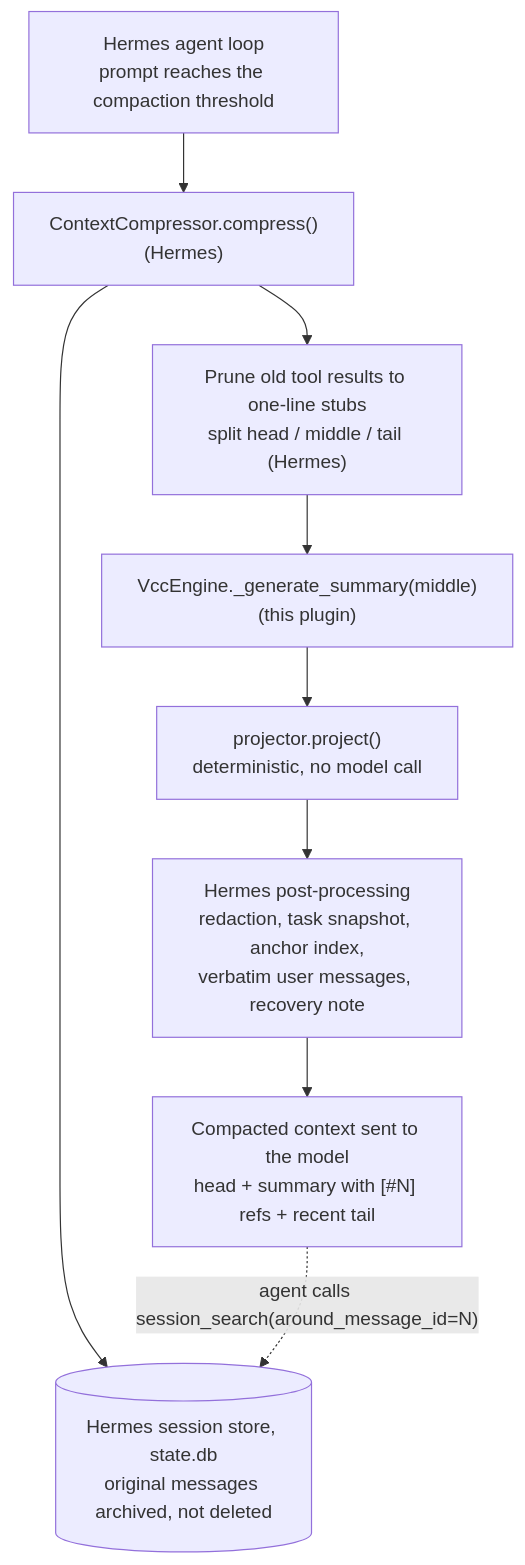
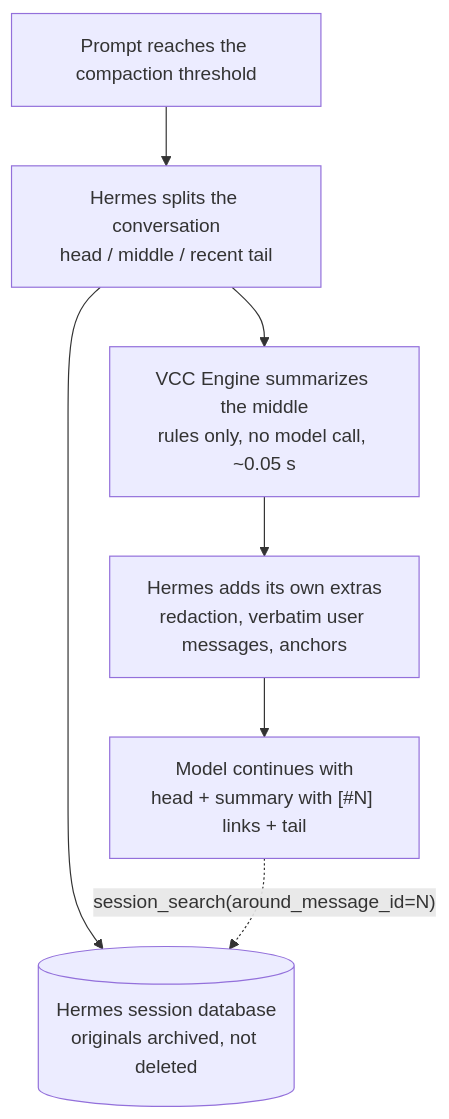
Before and after one commit to danbiocchi/hermes-vcc-engine: the diagram in README.md, drawn with Mermaid. The commit also changed other lines of this file and 2 other files, not shown here.

Commit message:
Lead the README with charts and a plain-language pitch

````diff
--- a/README.md
+++ b/README.md
@@ -91,11 +61,9 @@
 ```mermaid
 flowchart TD
-    A["Hermes agent loop<br/>prompt reaches the compaction threshold"] --> B["ContextCompressor.compress()<br/>(Hermes)"]
-    B --> C["Prune old tool results to one-line stubs<br/>split head / middle / tail (Hermes)"]
-    C --> D["VccEngine._generate_summary(middle)<br/>(this plugin)"]
-    D --> E["projector.project()<br/>deterministic, no model call"]
-    E --> F["Hermes post-processing<br/>redaction, task snapshot, anchor index,<br/>verbatim user messages, recovery note"]
-    F --> G["Compacted context sent to the model<br/>head + summary with [#N] refs + recent tail"]
-    B --> H[("Hermes session store, state.db<br/>original messages archived, not deleted")]
-    G -. "agent calls session_search(around_message_id=N)" .-> H
+    A["Prompt reaches the compaction threshold"] --> B["Hermes splits the conversation<br/>head / middle / recent tail"]
+    B --> C["VCC Engine summarizes the middle<br/>rules only, no model call, ~0.05 s"]
+    C --> D["Hermes adds its own extras<br/>redaction, verbatim user messages, anchors"]
+    D --> E["Model continues with<br/>head + summary with [#N] links + tail"]
+    B --> F[("Hermes session database<br/>originals archived, not deleted")]
+    E -. "session_search(around_message_id=N)" .-> F
 ```
````
